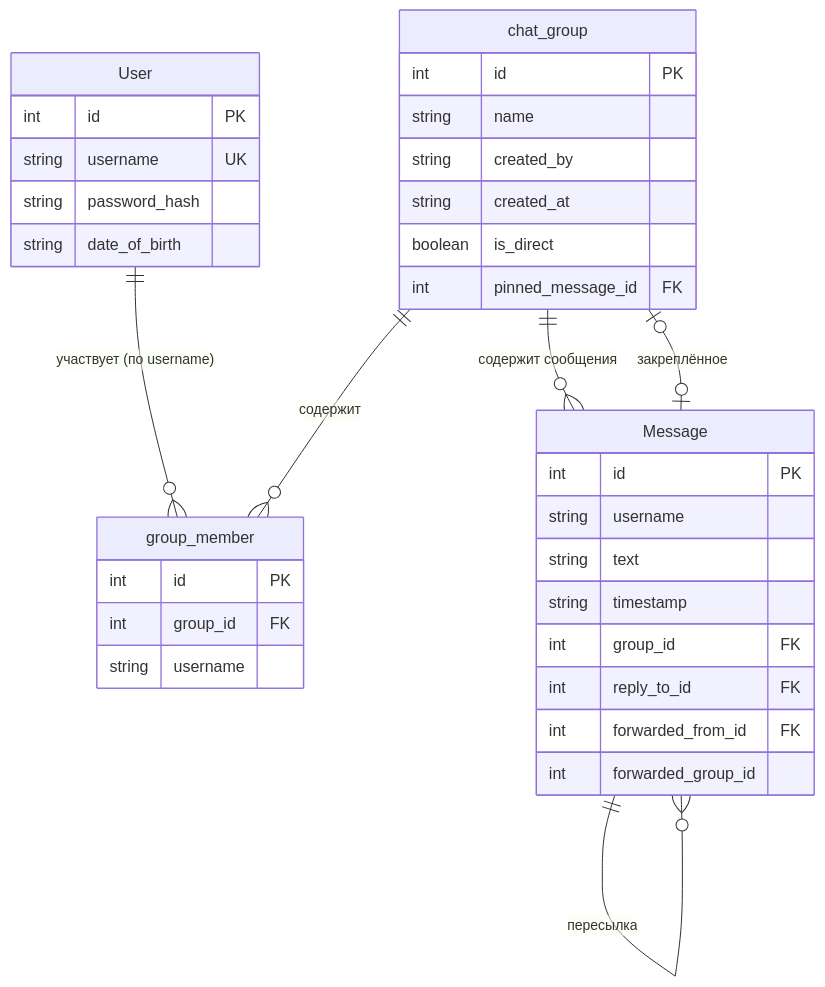
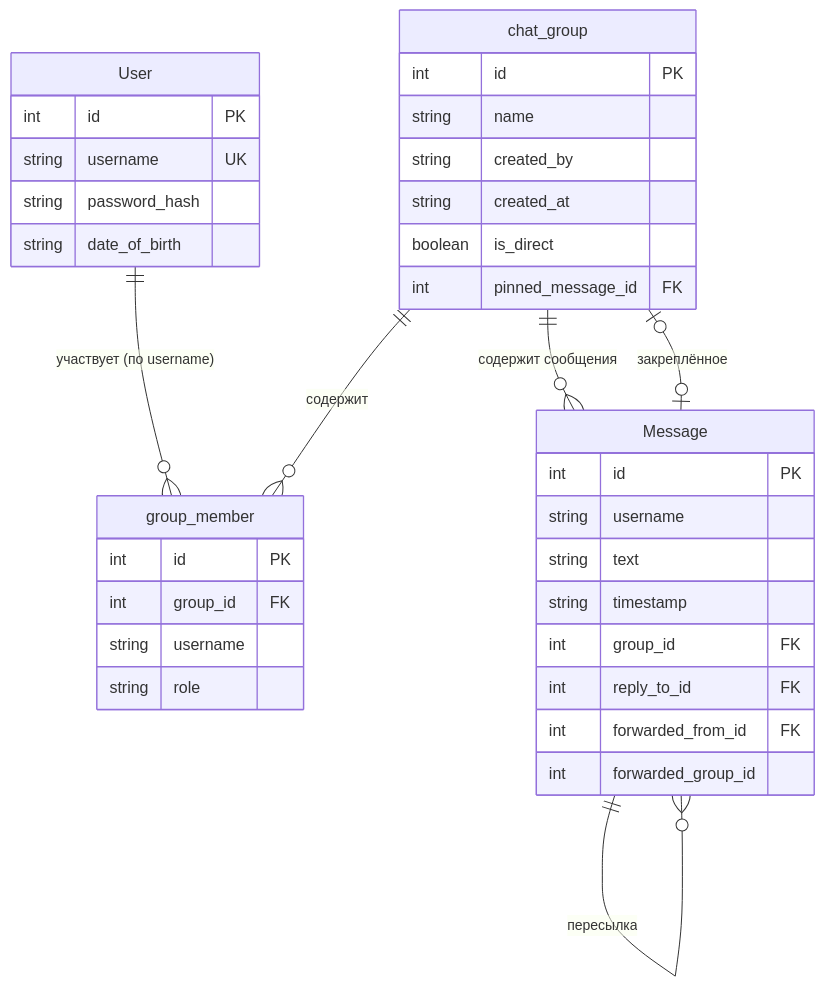
Before and after one commit to alexcherch/Half_Chat: the diagram in README.md, drawn with Mermaid. The commit also changed other lines of this file and 6 other files, not shown here.

````diff
--- a/README.md
+++ b/README.md
@@ -84,42 +85,43 @@
 ```mermaid
 erDiagram
     User {
         int id PK
         string username UK
         string password_hash
         string date_of_birth
     }
 
     chat_group {
         int id PK
         string name
         string created_by
         string created_at
         boolean is_direct
         int pinned_message_id FK
     }
 
     group_member {
         int id PK
         int group_id FK
         string username
+        string role
     }
 
     Message {
         int id PK
         string username
         string text
         string timestamp
         int group_id FK
         int reply_to_id FK
         int forwarded_from_id FK
         int forwarded_group_id
     }
 
     Message ||--o{ Message : "ответ на сообщение"
     Message ||--o{ Message : "пересылка"
     User ||--o{ group_member : "участвует (по username)"
     chat_group ||--o{ group_member : "содержит"
     chat_group ||--o{ Message : "содержит сообщения"
     chat_group o|--o| Message : "закреплённое"
 ```
````
